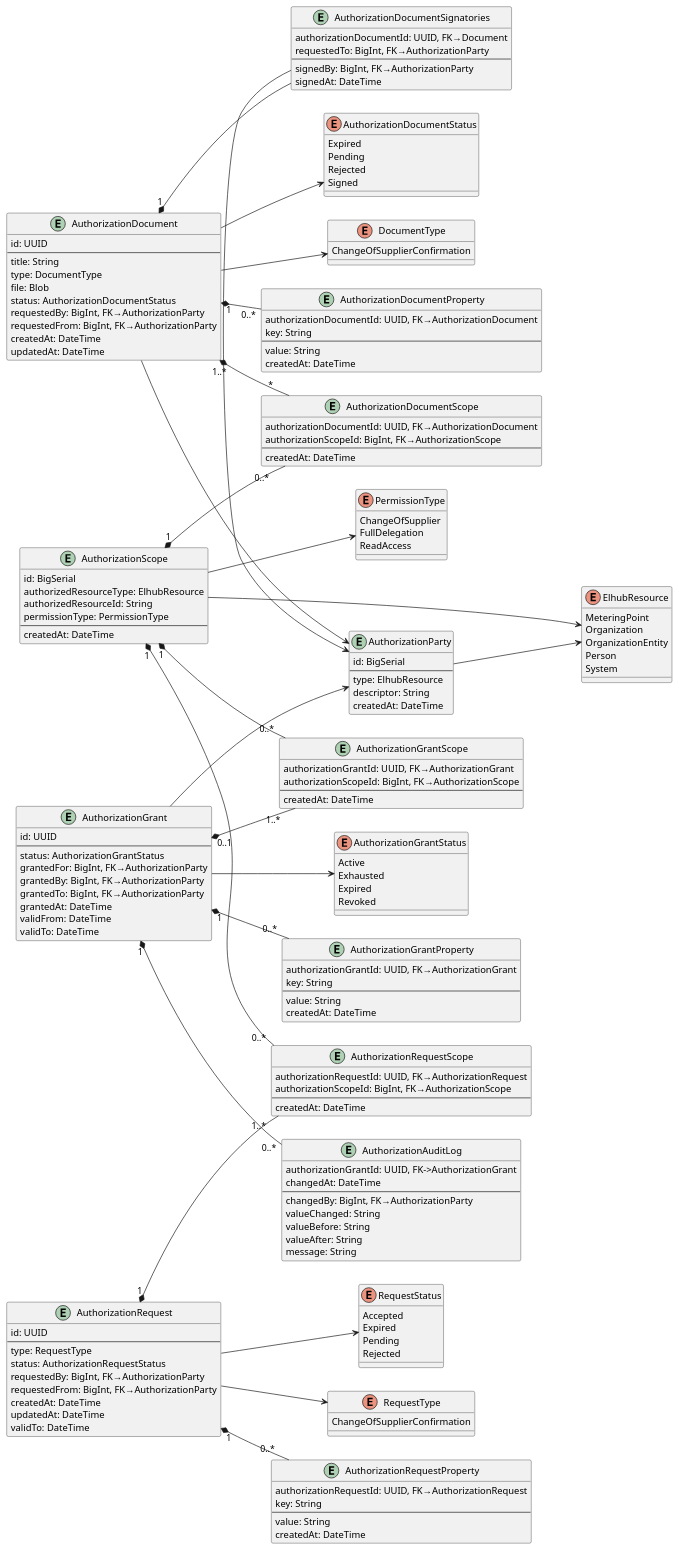
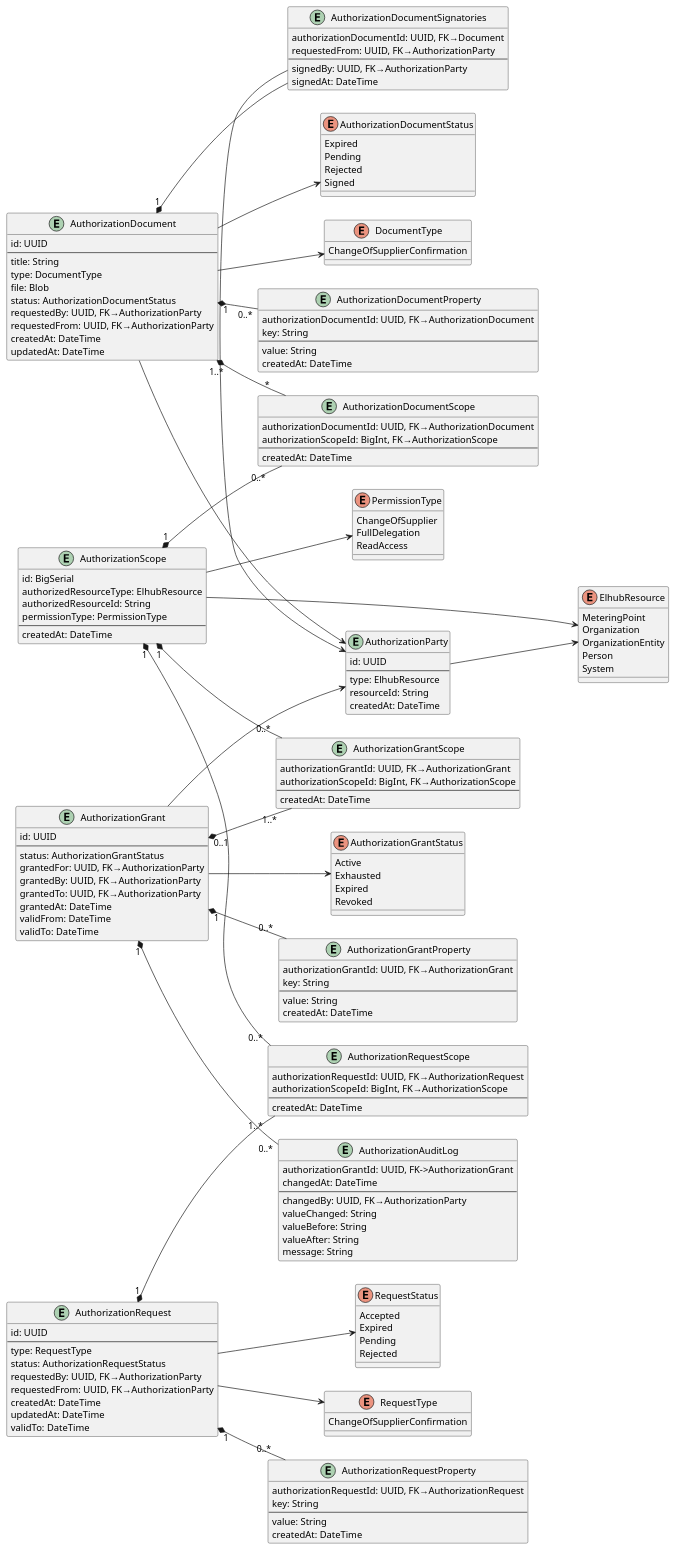
Before and after one commit to elhub/auth-grant-manager: the diagram in docs/assets/datamodel.plantuml, drawn with PlantUML. The commit also changed 33 other files, not shown here.

First line of the commit message:
Introduce authorization party to document flow [patch] (#209)

```diff
--- a/docs/assets/datamodel.plantuml
+++ b/docs/assets/datamodel.plantuml
@@ -1,196 +1,196 @@
 @startuml datamodel
 left to right direction
 'top to bottom direction
 
 ' The PartyId is a type that is used to identify a party
 ' It can be an elhub user Id or a GLN. It is a string because it can be a UUID or a GLN-number
 ' type PartyId = String
 
 enum AuthorizationGrantStatus {
   Active
   Exhausted
   Expired
   Revoked
 }
 
 enum PermissionType {
   ChangeOfSupplier
   FullDelegation
   ReadAccess
 }
 
 enum AuthorizationDocumentStatus {
   Expired
   Pending
   Rejected
   Signed
 }
 
 enum RequestStatus {
   Accepted
   Expired
   Pending
   Rejected
 }
 
 enum ElhubResource {
   MeteringPoint
   Organization
   OrganizationEntity
   Person
   System
 }
 
 enum DocumentType {
   ChangeOfSupplierConfirmation
 }
 
 enum RequestType {
   ChangeOfSupplierConfirmation
 }
 
 entity AuthorizationGrant {
   id: UUID
   --
   status: AuthorizationGrantStatus
-  grantedFor: BigInt, FK→AuthorizationParty
-  grantedBy: BigInt, FK→AuthorizationParty
-  grantedTo: BigInt, FK→AuthorizationParty
+  grantedFor: UUID, FK→AuthorizationParty
+  grantedBy: UUID, FK→AuthorizationParty
+  grantedTo: UUID, FK→AuthorizationParty
   grantedAt: DateTime
   validFrom: DateTime
   validTo: DateTime
 }
 
 ' Used to store metadata related to the AuthorizationGrant
 entity AuthorizationGrantProperty {
   authorizationGrantId: UUID, FK→AuthorizationGrant
   key: String
   --
   value: String
   createdAt: DateTime
 }
 
 entity AuthorizationAuditLog {
   authorizationGrantId: UUID, FK->AuthorizationGrant
   changedAt: DateTime
   --
-  changedBy: BigInt, FK→AuthorizationParty
+  changedBy: UUID, FK→AuthorizationParty
   valueChanged: String
   valueBefore: String
   valueAfter: String
   message: String
 }
 
 entity AuthorizationRequest {
   id: UUID
   --
   type: RequestType
   status: AuthorizationRequestStatus
-  requestedBy: BigInt, FK→AuthorizationParty
-  requestedFrom: BigInt, FK→AuthorizationParty
+  requestedBy: UUID, FK→AuthorizationParty
+  requestedFrom: UUID, FK→AuthorizationParty
   createdAt: DateTime
   updatedAt: DateTime
   validTo: DateTime
 }
 
 entity AuthorizationRequestProperty {
   authorizationRequestId: UUID, FK→AuthorizationRequest
   key: String
   --
   value: String
   createdAt: DateTime
 }
 
 ' In this model it is assumed that the metadata is stored in the document.
 entity AuthorizationDocument {
   id: UUID
   --
   title: String
   type: DocumentType
   file: Blob
   status: AuthorizationDocumentStatus
-  requestedBy: BigInt, FK→AuthorizationParty
-  requestedFrom: BigInt, FK→AuthorizationParty
+  requestedBy: UUID, FK→AuthorizationParty
+  requestedFrom: UUID, FK→AuthorizationParty
   createdAt: DateTime
   updatedAt: DateTime
 }
 
 entity AuthorizationDocumentProperty {
   authorizationDocumentId: UUID, FK→AuthorizationDocument
   key: String
   --
   value: String
   createdAt: DateTime
 }
 
 entity AuthorizationDocumentSignatories {
   authorizationDocumentId: UUID, FK→Document
-  requestedTo: BigInt, FK→AuthorizationParty
+  requestedFrom: UUID, FK→AuthorizationParty
   --
-  signedBy: BigInt, FK→AuthorizationParty
+  signedBy: UUID, FK→AuthorizationParty
   signedAt: DateTime
 }
 
 entity AuthorizationGrantScope {
   authorizationGrantId: UUID, FK→AuthorizationGrant
   authorizationScopeId: BigInt, FK→AuthorizationScope
   --
   createdAt: DateTime
 }
 
 entity AuthorizationDocumentScope {
   authorizationDocumentId: UUID, FK→AuthorizationDocument
   authorizationScopeId: BigInt, FK→AuthorizationScope
   --
   createdAt: DateTime
 }
 
 entity AuthorizationRequestScope {
   authorizationRequestId: UUID, FK→AuthorizationRequest
   authorizationScopeId: BigInt, FK→AuthorizationScope
   --
   createdAt: DateTime
 }
 
 entity AuthorizationScope {
   id: BigSerial
   authorizedResourceType: ElhubResource
   authorizedResourceId: String
   permissionType: PermissionType
   --
   createdAt: DateTime
 }
 
 entity AuthorizationParty {
-  id: BigSerial
+  id: UUID
   --
   type: ElhubResource
-  descriptor: String
+  resourceId: String
   createdAt: DateTime
 }
 
 ' Relationships
 AuthorizationGrant "1" *-- "0..*" AuthorizationGrantProperty
 AuthorizationGrant "0..1" *-- "1..*" AuthorizationGrantScope
 AuthorizationGrant "1" *-- "0..*" AuthorizationAuditLog
 AuthorizationGrant --> AuthorizationGrantStatus
 AuthorizationGrant --> AuthorizationParty
 AuthorizationScope --> ElhubResource
 AuthorizationScope --> PermissionType
 AuthorizationScope "1" *-- "0..*" AuthorizationGrantScope
 AuthorizationScope "1" *-- "0..*" AuthorizationRequestScope
 AuthorizationScope "1" *-- "0..*" AuthorizationDocumentScope
 AuthorizationDocument "1" *-- "0..*" AuthorizationDocumentProperty
 AuthorizationDocument "1" *-- AuthorizationDocumentSignatories
 AuthorizationDocument "1..*" *-- "*" AuthorizationDocumentScope
 AuthorizationDocument --> DocumentType
 AuthorizationDocument --> AuthorizationDocumentStatus
 AuthorizationDocument --> AuthorizationParty
 AuthorizationDocumentSignatories -> AuthorizationParty
 AuthorizationRequest "1" *-- "0..*" AuthorizationRequestProperty
 AuthorizationRequest "1" *-- "1..*" AuthorizationRequestScope
 AuthorizationRequest --> RequestType
 AuthorizationRequest --> RequestStatus
 AuthorizationParty --> ElhubResource
 
 @enduml
```
